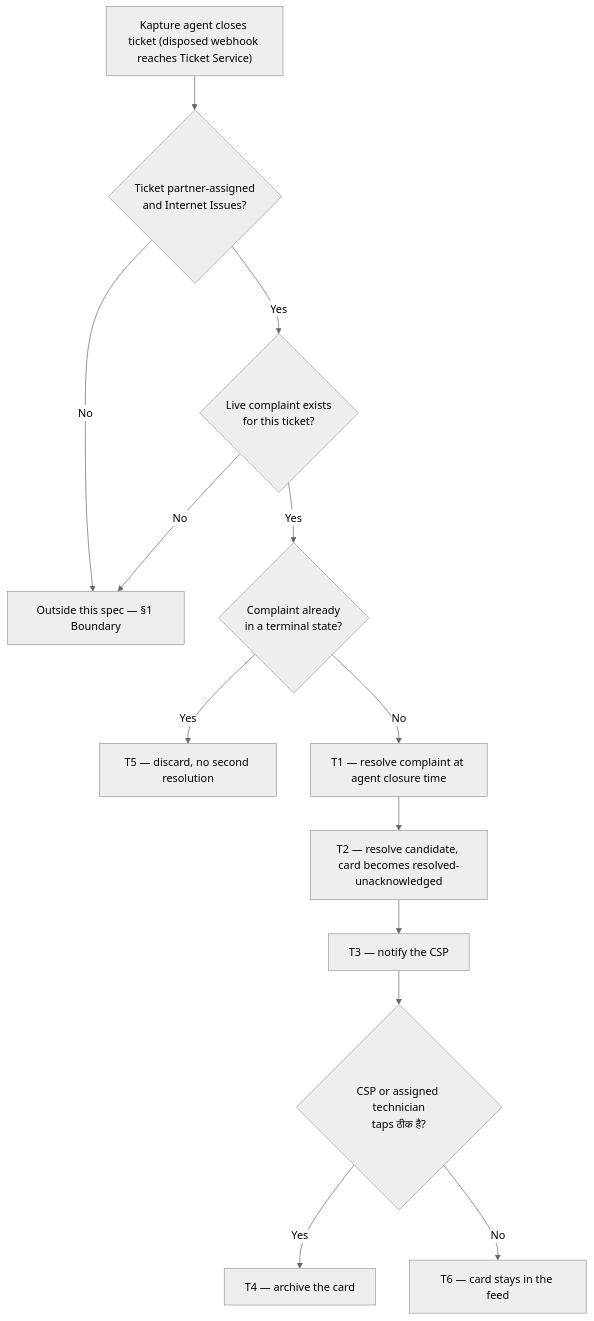
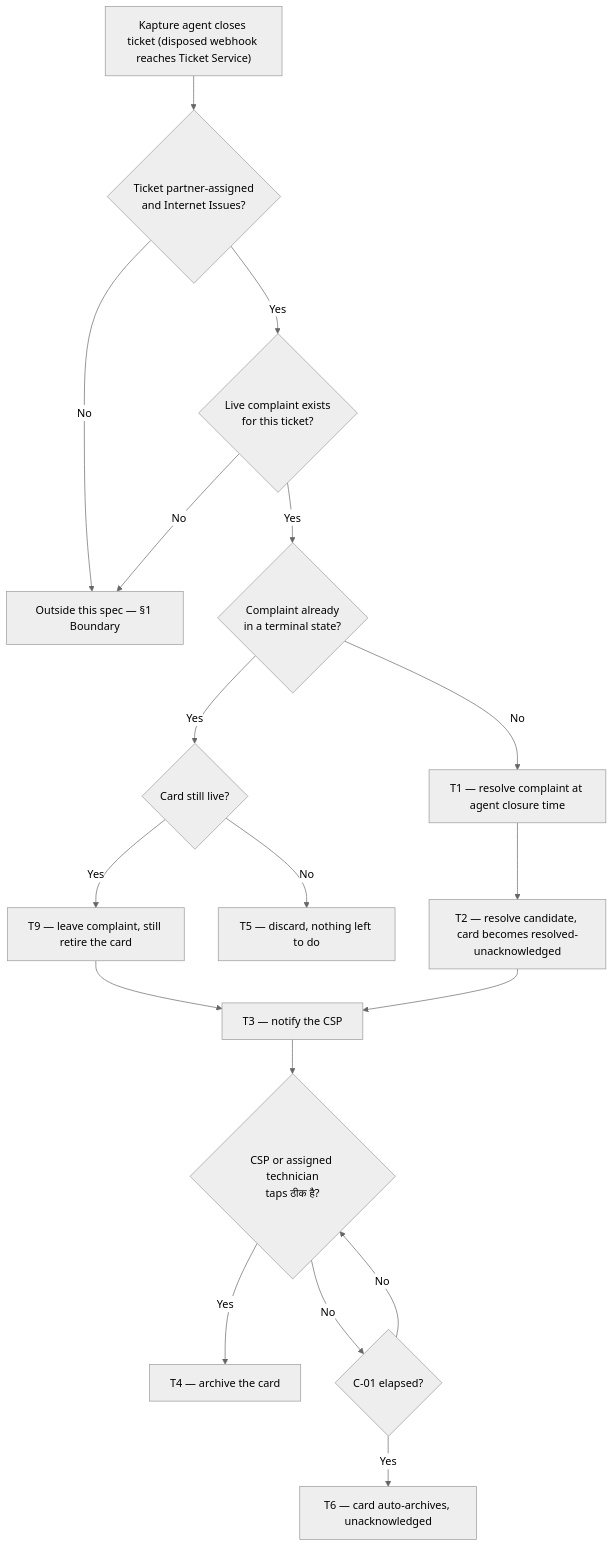
The diagram in Kapture_Closure_Sync_PRD.md (ashish-raj-wiom/kapture-closure-sync-study), drawn with Mermaid (neutral theme) before and after one commit. The commit also changed other lines of this file and 2 other files, not shown here.

First line of the commit message:
PRD v1.0 — close the terminal-complaint hole; re-lint clean

````diff
--- a/Kapture_Closure_Sync_PRD.md
+++ b/Kapture_Closure_Sync_PRD.md
@@ -101,15 +102,20 @@
 ```mermaid
 flowchart TD
     A["Kapture agent closes ticket (disposed webhook reaches Ticket Service)"] --> B{"Ticket partner-assigned<br/>and Internet Issues?"}
     B -- "No" --> Z["Outside this spec — §1 Boundary"]
     B -- "Yes" --> C{"Live complaint exists<br/>for this ticket?"}
     C -- "No" --> Z
     C -- "Yes" --> D{"Complaint already<br/>in a terminal state?"}
-    D -- "Yes" --> E["T5 — discard, no second resolution"]
+    D -- "Yes" --> D2{"Card still live?"}
+    D2 -- "Yes" --> E2["T9 — leave complaint, still retire the card"]
+    D2 -- "No" --> E["T5 — discard, nothing left to do"]
     D -- "No" --> F["T1 — resolve complaint at agent closure time"]
+    E2 --> H
     F --> G["T2 — resolve candidate, card becomes resolved-unacknowledged"]
     G --> H["T3 — notify the CSP"]
     H --> I{"CSP or assigned technician<br/>taps ठीक है?"}
     I -- "Yes" --> J["T4 — archive the card"]
-    I -- "No" --> K["T6 — card stays in the feed"]
+    I -- "No" --> K{"C-01 elapsed?"}
+    K -- "No" --> I
+    K -- "Yes" --> L["T6 — card auto-archives, unacknowledged"]
 ```
````
